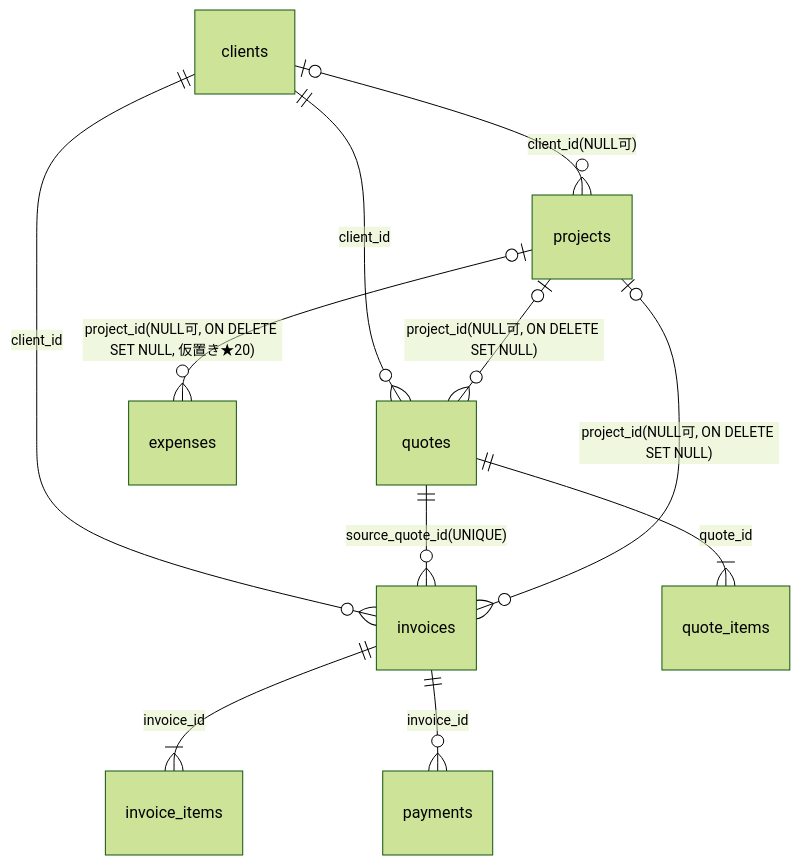
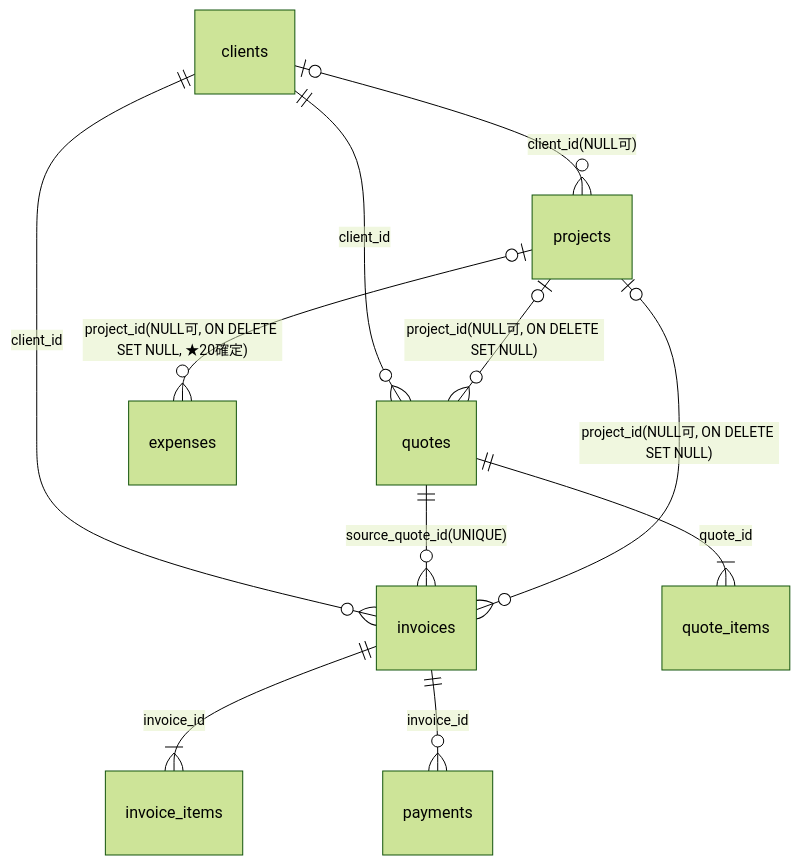
The tenth of 10 diagrams in docs/02_architect/詳細設計書.md (eiai00000001-cell/back-office), drawn with Mermaid (forest theme) before and after one commit. The commit also changed other lines of this file and 3 other files, not shown here.

````diff
--- a/docs/02_architect/詳細設計書.md
+++ b/docs/02_architect/詳細設計書.md
@@ -1426,13 +1424,13 @@
 ```mermaid
 erDiagram
     clients ||--o{ invoices : client_id
     clients ||--o{ quotes : client_id
     quotes ||--o{ invoices : "source_quote_id(UNIQUE)"
     invoices ||--|{ invoice_items : invoice_id
     quotes ||--|{ quote_items : quote_id
     invoices ||--o{ payments : invoice_id
     clients |o--o{ projects : "client_id(NULL可)"
     projects |o--o{ invoices : "project_id(NULL可, ON DELETE SET NULL)"
     projects |o--o{ quotes : "project_id(NULL可, ON DELETE SET NULL)"
-    projects |o--o{ expenses : "project_id(NULL可, ON DELETE SET NULL, 仮置き★20)"
+    projects |o--o{ expenses : "project_id(NULL可, ON DELETE SET NULL, ★20確定)"
 ```
````
